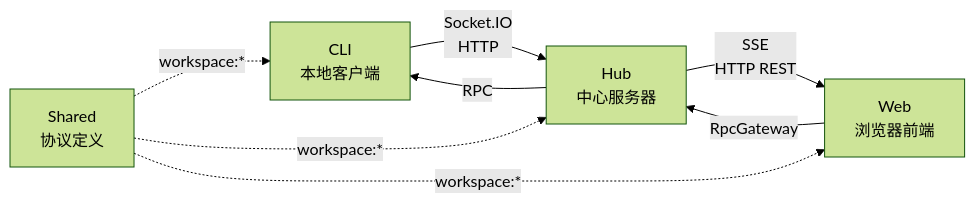
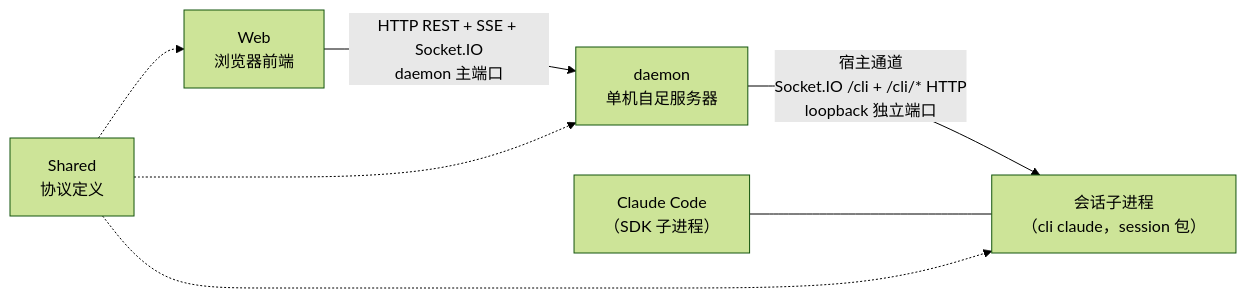
The first of 2 diagrams in docs/architecture/README.md (ModuBit/mobi), drawn with Mermaid (forest theme) before and after one commit. The commit also changed other lines of this file and 59 other files, not shown here.

````diff
--- a/docs/architecture/README.md
+++ b/docs/architecture/README.md
@@ -7,8 +7,7 @@
 ```mermaid
 graph LR
-    CLI["CLI<br/>本地客户端"] -->|"Socket.IO<br/>HTTP"| HUB["Hub<br/>中心服务器"]
-    HUB -->|"SSE<br/>HTTP REST"| WEB["Web<br/>浏览器前端"]
-    SHARED["Shared<br/>协议定义"] -.->|"workspace:*"| CLI & HUB & WEB
-
-    WEB -->|"RpcGateway"| HUB -->|"RPC"| CLI
+    WEB["Web<br/>浏览器前端"] -->|"HTTP REST + SSE + Socket.IO<br/>daemon 主端口"| D["daemon<br/>单机自足服务器"]
+    D -->|"宿主通道<br/>Socket.IO /cli + /cli/* HTTP<br/>loopback 独立端口"| SESSION["会话子进程<br/>（cli claude，session 包）"]
+    SESSION2["Claude Code<br/>（SDK 子进程）"] --- SESSION
+    SHARED["Shared<br/>协议定义"] -.-> D & SESSION & WEB
 ```
````
